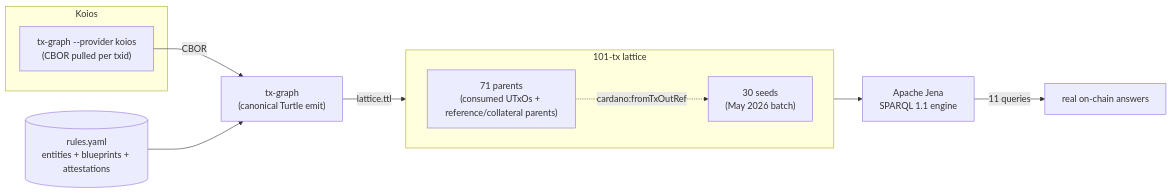
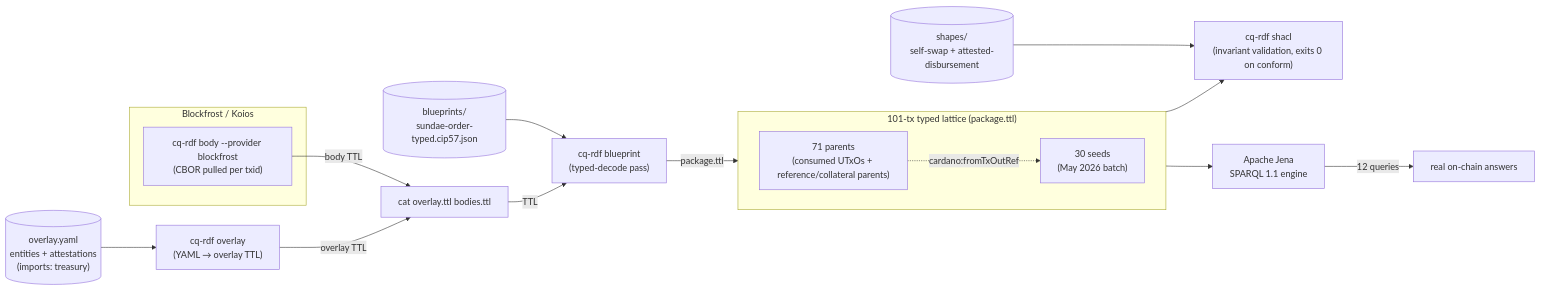
Before and after one commit to lambdasistemi/cardano-ledger-rdf: the diagram in docs/case-studies/2026-05-amaru-treasury/case.md, drawn with Mermaid. The commit also changed other lines of this file and 27 other files, not shown here.

````diff
--- a/docs/case-studies/2026-05-amaru-treasury/case.md
+++ b/docs/case-studies/2026-05-amaru-treasury/case.md
@@ -47,17 +47,22 @@
 ```mermaid
 flowchart LR
-  subgraph koios[Koios]
-    kc["tx-graph --provider koios<br/>(CBOR pulled per txid)"]
+  subgraph blockfrost[Blockfrost / Koios]
+    kc["cq-rdf body --provider blockfrost<br/>(CBOR pulled per txid)"]
   end
-  kc -->|CBOR| txgraph
-  rules[("rules.yaml<br/>entities + blueprints + attestations")] --> txgraph
-  txgraph["tx-graph<br/>(canonical Turtle emit)"] -->|lattice.ttl| lattice
-  subgraph lattice["101-tx lattice"]
+  kc -->|body TTL| join
+  overlay[("overlay.yaml<br/>entities + attestations<br/>(imports: treasury)")] --> ov
+  ov["cq-rdf overlay<br/>(YAML → overlay TTL)"] -->|overlay TTL| join
+  bp[("blueprints/<br/>sundae-order-typed.cip57.json")] --> bpass
+  join["cat overlay.ttl bodies.ttl"] -->|TTL| bpass
+  bpass["cq-rdf blueprint<br/>(typed-decode pass)"] -->|package.ttl| lattice
+  shapes[("shapes/<br/>self-swap + attested-disbursement")] --> shacl
+  lattice --> shacl["cq-rdf shacl<br/>(invariant validation, exits 0 on conform)"]
+  subgraph lattice["101-tx typed lattice (package.ttl)"]
     direction LR
     seeds["30 seeds<br/>(May 2026 batch)"]
     parents["71 parents<br/>(consumed UTxOs + reference/collateral parents)"]
     parents -. cardano:fromTxOutRef .-> seeds
   end
   lattice --> jena
-  jena["Apache Jena<br/>SPARQL 1.1 engine"] -->|11 queries| results["real on-chain answers"]
+  jena["Apache Jena<br/>SPARQL 1.1 engine"] -->|12 queries| results["real on-chain answers"]
 ```
````
